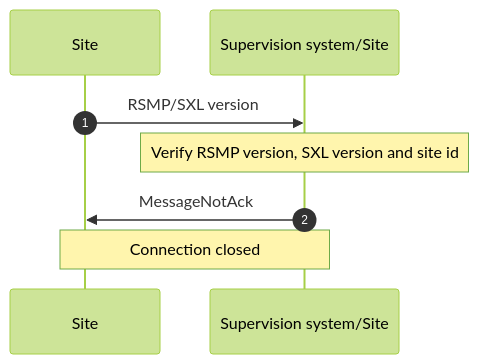
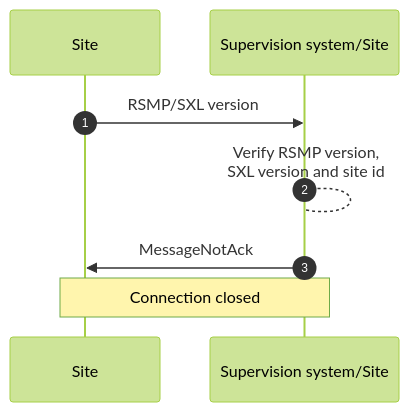
The third of 3 diagrams in source/applicability/transport_of_data.rst (rsmp-nordic/rsmp_core), drawn with Mermaid (forest theme) before and after one commit. The commit also changed other lines of this file, not shown here.

Commit message:
Adjust numbering of each message in the handshake diagram (2)

```diff
--- a/source/applicability/transport_of_data.rst
+++ b/source/applicability/transport_of_data.rst
@@ -268,10 +265,10 @@
 .. mermaid::
 
    sequenceDiagram
      autonumber
      participant Site
      participant System as Supervision system/Site
      Site->>System: RSMP/SXL version
-     Note over System: Verify RSMP version, SXL version and site id
+     System-->System: Verify RSMP version,<br/>SXL version and site id
      System->>Site: MessageNotAck
      Note over Site,System: Connection closed
```
